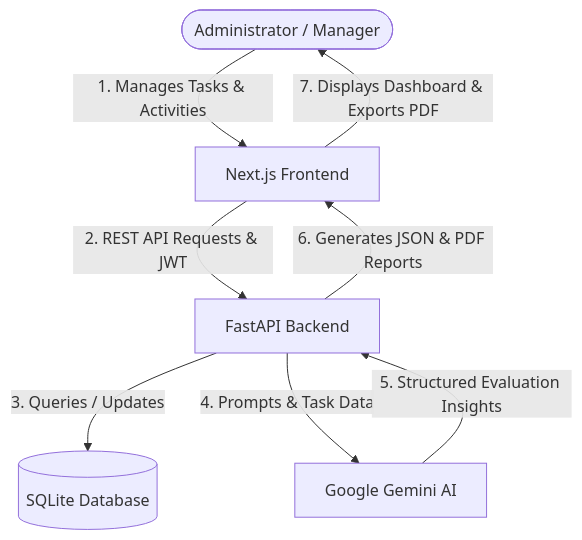
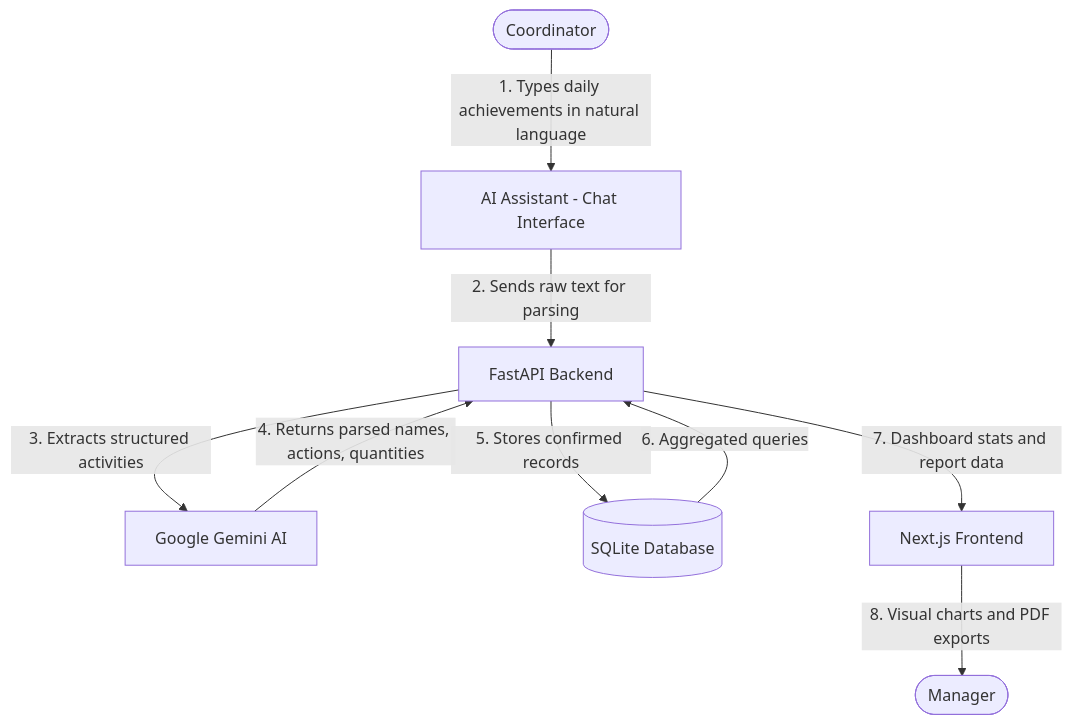
The diagram in README.md (Sant0s3/WIDA-Task-documenter-), drawn with Mermaid before and after one commit. The commit also changed other lines of this file and 4 other files, not shown here.

````diff
--- a/README.md
+++ b/README.md
@@ -11,10 +11,11 @@
 ```mermaid
 graph TD
-    User([Administrator / Manager]) -->|1. Manages Tasks & Activities| FE[Next.js Frontend]
-    FE -->|2. REST API Requests & JWT| BE[FastAPI Backend]
-    BE -->|3. Queries / Updates| DB[(SQLite Database)]
-    BE -->|4. Prompts & Task Data| Gemini[Google Gemini AI]
-    Gemini -->|5. Structured Evaluation Insights| BE
-    BE -->|6. Generates JSON & PDF Reports| FE
-    FE -->|7. Displays Dashboard & Exports PDF| User
+    Coordinator([Coordinator]) -->|1. Types daily achievements in natural language| Assistant[AI Assistant - Chat Interface]
+    Assistant -->|2. Sends raw text for parsing| Backend[FastAPI Backend]
+    Backend -->|3. Extracts structured activities| Gemini[Google Gemini AI]
+    Gemini -->|4. Returns parsed names, actions, quantities| Backend
+    Backend -->|5. Stores confirmed records| DB[(SQLite Database)]
+    DB -->|6. Aggregated queries| Backend
+    Backend -->|7. Dashboard stats and report data| Frontend[Next.js Frontend]
+    Frontend -->|8. Visual charts and PDF exports| Manager([Manager])
 ```
````
